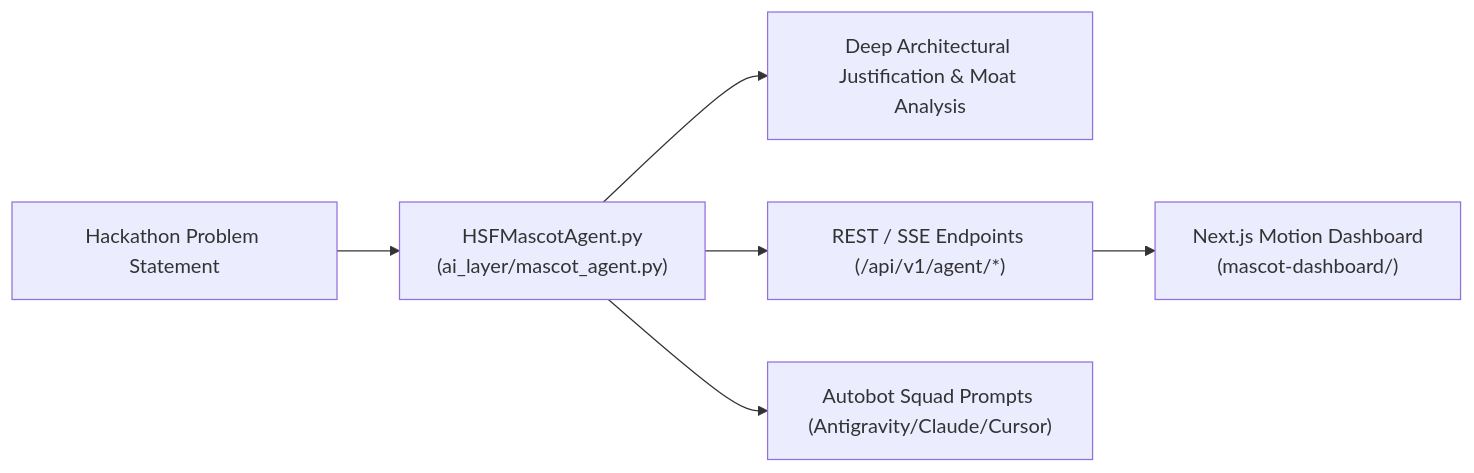
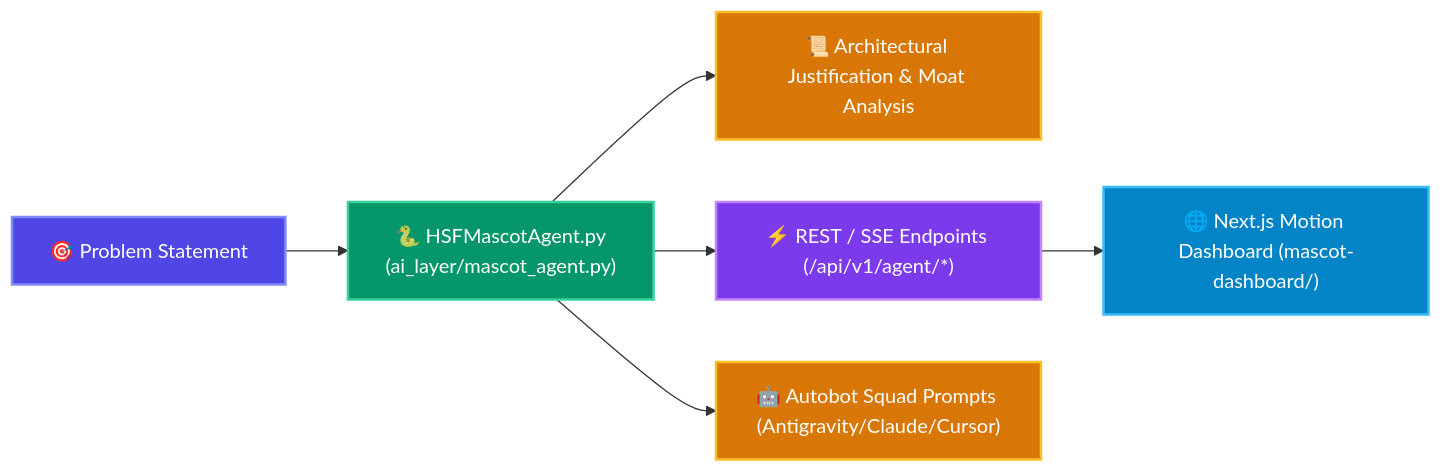
One commit to Sathvik1533/hackathon-strategy-framework changed diagram 15 of 19 in README.md. Above: the diagram before and after it, drawn with Mermaid. The commit also changed other lines of this file and 6 other files, not shown here.

Commit message:
feat(docs): colorize and make all Mermaid architecture diagrams interactive across repo

````diff
--- a/README.md
+++ b/README.md
@@ -1169,8 +1377,18 @@
 ```mermaid
 flowchart LR
-    Problem["Hackathon Problem Statement"] --> PyEngine["HSFMascotAgent.py<br/>(ai_layer/mascot_agent.py)"]
-    PyEngine --> Rationale["Deep Architectural Justification & Moat Analysis"]
-    PyEngine --> FastAPIRoutes["REST / SSE Endpoints (/api/v1/agent/*)"]
-    PyEngine --> SquadPrompts["Autobot Squad Prompts (Antigravity/Claude/Cursor)"]
-    FastAPIRoutes --> Dashboard["Next.js Motion Dashboard<br/>(mascot-dashboard/)"]
+    classDef prob fill:#4f46e5,stroke:#818cf8,stroke-width:2px,color:#ffffff;
+    classDef py fill:#059669,stroke:#34d399,stroke-width:2px,color:#ffffff;
+    classDef doc fill:#d97706,stroke:#fbbf24,stroke-width:2px,color:#ffffff;
+    classDef api fill:#7c3aed,stroke:#c084fc,stroke-width:2px,color:#ffffff;
+    classDef next fill:#0284c7,stroke:#38bdf8,stroke-width:2px,color:#ffffff;
+
+    Problem["🎯 Problem Statement"]:::prob --> PyEngine["🐍 HSFMascotAgent.py<br/>(ai_layer/mascot_agent.py)"]:::py
+    PyEngine --> Rationale["📜 Architectural Justification & Moat Analysis"]:::doc
+    PyEngine --> FastAPIRoutes["⚡ REST / SSE Endpoints (/api/v1/agent/*)"]:::api
+    PyEngine --> SquadPrompts["🤖 Autobot Squad Prompts (Antigravity/Claude/Cursor)"]:::doc
+    FastAPIRoutes --> Dashboard["🌐 Next.js Motion Dashboard (mascot-dashboard/)"]:::next
+
+    click PyEngine "ai_layer/mascot_agent.py" "Python Mascot Agent"
+    click FastAPIRoutes "backend/src/app/api/v1/endpoints/agent.py" "Agent Endpoints"
+    click Dashboard "mascot-dashboard/src/app/page.tsx" "Next.js Mascot Dashboard"
 ```
````
